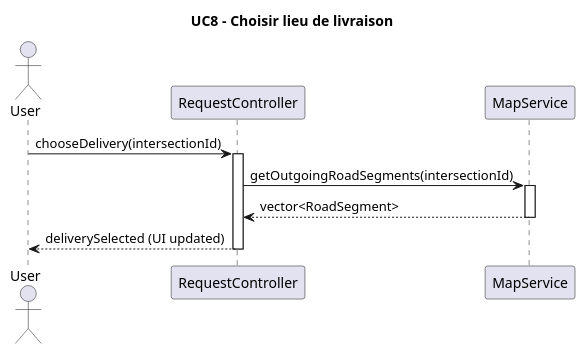
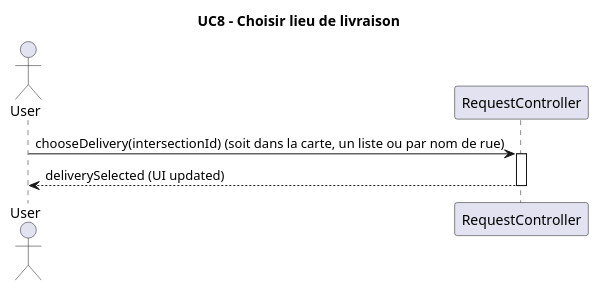
One commit to enzo-dosanjos/Pickup_Delivery_App changed the diagram in diagrams/diagramUC8.plantuml. Above: the diagram before and after it, drawn with PlantUML. The commit also changed 29 other files, not shown here.

```diff
--- a/diagrams/diagramUC8.plantuml
+++ b/diagrams/diagramUC8.plantuml
@@ -1,18 +1,14 @@
 @startuml
 title UC8 - Choisir lieu de livraison
 
 actor User
 participant "RequestController" as RC
-participant "MapService" as MS
 
-User -> RC : chooseDelivery(intersectionId)
+
+User -> RC : chooseDelivery(intersectionId) (soit dans la carte, un liste ou par nom de rue)
 activate RC
 
-RC -> MS : getOutgoingRoadSegments(intersectionId)
-activate MS
-MS --> RC : vector<RoadSegment>
-deactivate MS
 
 RC --> User : deliverySelected (UI updated)
 deactivate RC
 @enduml
```
